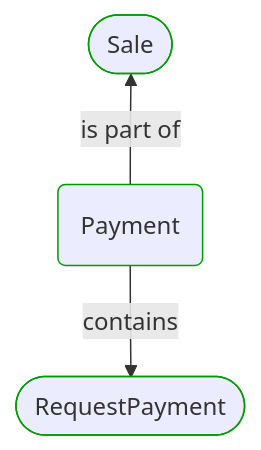
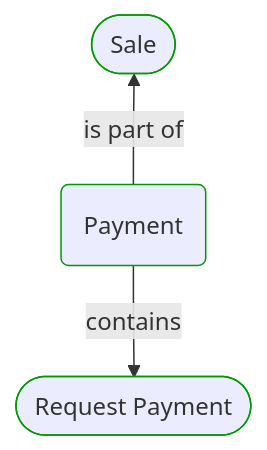
Before and after one commit to itlibrium/DDD-starter-dotnet: the first of 2 diagrams in Docs/P3/MermaidOutput/Domain/Processes/Sale/Payment/Payment.md, drawn with Mermaid. The commit also changed other lines of this file and 51 other files, not shown here.

````diff
--- a/Docs/P3/MermaidOutput/Domain/Processes/Sale/Payment/Payment.md
+++ b/Docs/P3/MermaidOutput/Domain/Processes/Sale/Payment/Payment.md
@@ -22,17 +22,17 @@
 ```mermaid
   flowchart TB
     0([Sale])
     class 0 DomainPerspective
     1(Payment)
     class 1 DomainPerspective
     0---1
     1-->|is part of|0
     1---0
-    2([RequestPayment])
+    2([Request Payment])
     class 2 DomainPerspective
     1-->|contains|2
     linkStyle 0,2 stroke:none
     classDef DomainPerspective stroke:#009900
     classDef TechnologyPerspective stroke:#1F41EB
     classDef PeoplePerspective stroke:#FFF014
 ```
````
